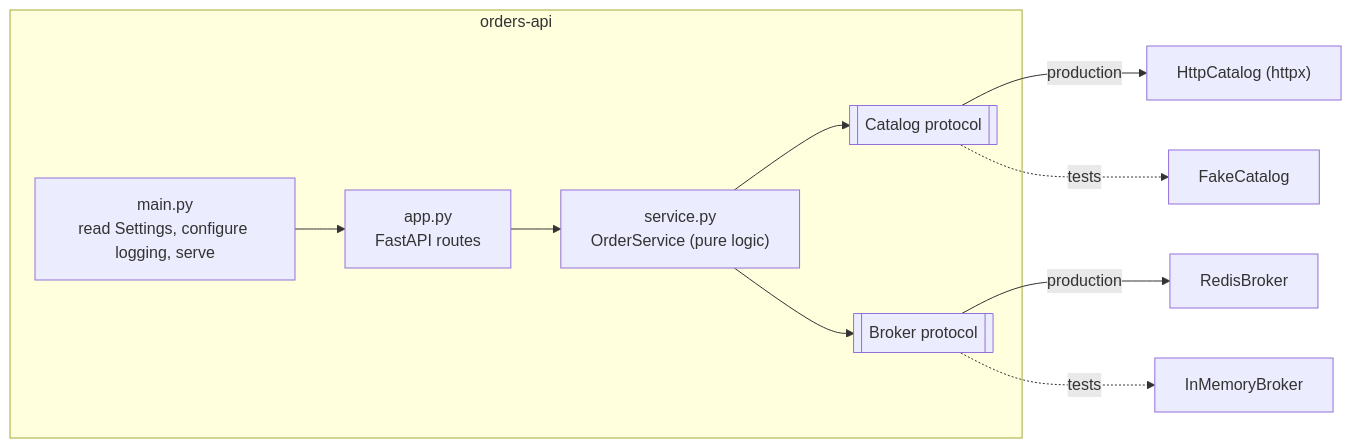
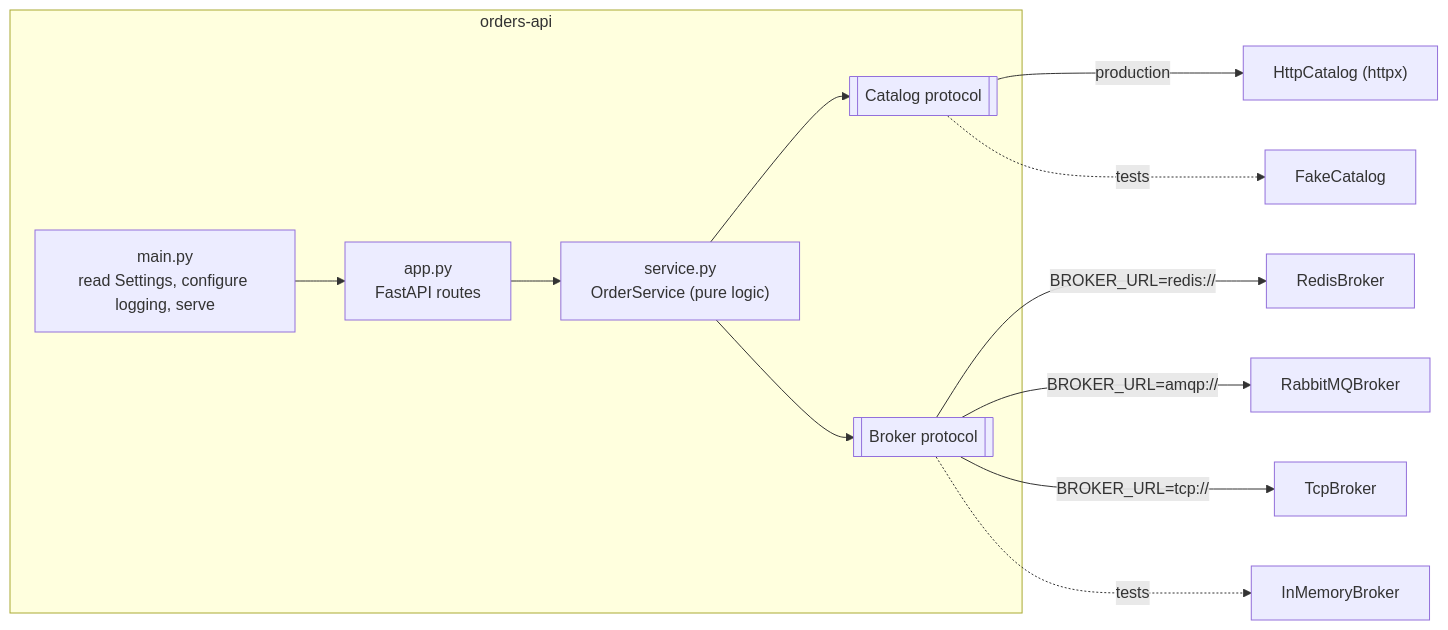
The sixth of 10 diagrams in ARCHITECTURE.md (sovikroy/python-monorepo), drawn with Mermaid before and after one commit. The commit also changed other lines of this file and 40 other files, not shown here.

First line of the commit message:
Make the messaging transport pluggable (Redis, RabbitMQ, TCP, in-memory)

````diff
--- a/ARCHITECTURE.md
+++ b/ARCHITECTURE.md
@@ -153,13 +246,15 @@
 ```mermaid
 flowchart LR
     subgraph orders-api
         main["main.py<br/>read Settings, configure logging, serve"] --> app["app.py<br/>FastAPI routes"]
         app --> service["service.py<br/>OrderService (pure logic)"]
         service --> port1[["Catalog protocol"]]
         service --> port2[["Broker protocol"]]
     end
     port1 -- production --> http["HttpCatalog (httpx)"]
     port1 -. tests .-> fake["FakeCatalog"]
-    port2 -- production --> rb["RedisBroker"]
+    port2 -- "BROKER_URL=redis://" --> rb["RedisBroker"]
+    port2 -- "BROKER_URL=amqp://" --> qb["RabbitMQBroker"]
+    port2 -- "BROKER_URL=tcp://" --> tb["TcpBroker"]
     port2 -. tests .-> mb["InMemoryBroker"]
 ```
````
